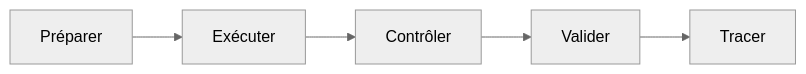
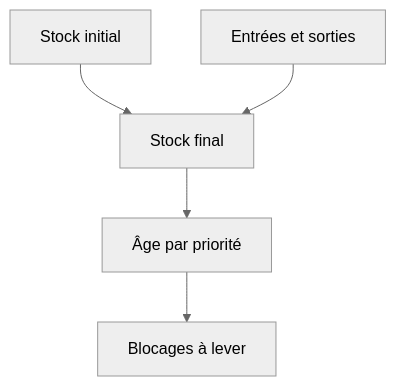
The second of 6 diagrams in content/lessons/maint-reporting-mensuel-intermediaire.md (biggyseven/Skill-Tree), drawn with Mermaid (neutral theme) before and after one commit. The commit also changed other lines of this file, not shown here.

````diff
--- a/content/lessons/maint-reporting-mensuel-intermediaire.md
+++ b/content/lessons/maint-reporting-mensuel-intermediaire.md
@@ -56,4 +59,7 @@
 ```mermaid
-flowchart LR
-  A[Préparer] --> B[Exécuter] --> C[Contrôler] --> D[Valider] --> E[Tracer]
+flowchart TD
+  A[Stock initial] --> C[Stock final]
+  B[Entrées et sorties] --> C
+  C --> D[Âge par priorité]
+  D --> E[Blocages à lever]
 ```
````
